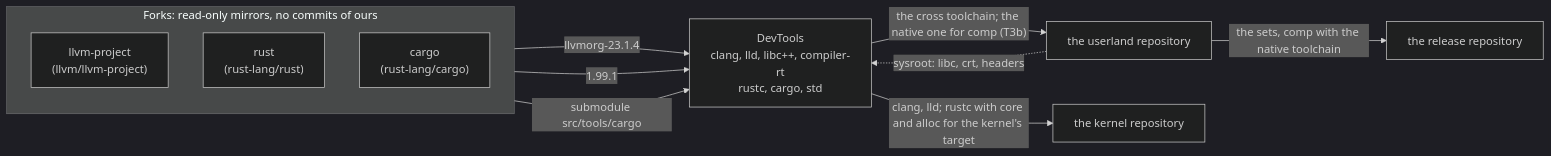
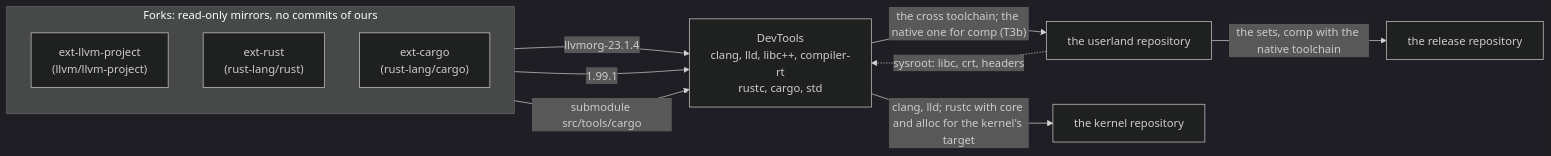
One commit to EmiBSD/DevTools changed the diagram in docs/TOOLCHAIN.md. Above: the diagram before and after it, drawn with Mermaid (dark theme). The commit also changed other lines of this file and 11 other files, not shown here.

````diff
--- a/docs/TOOLCHAIN.md
+++ b/docs/TOOLCHAIN.md
@@ -15,21 +15,21 @@
 ```mermaid
 flowchart LR
     subgraph forks["Forks: read-only mirrors, no commits of ours"]
         direction TB
-        llvm["llvm-project<br/>(llvm/llvm-project)"]
-        rust["rust<br/>(rust-lang/rust)"]
-        cargo["cargo<br/>(rust-lang/cargo)"]
+        llvm["ext-llvm-project<br/>(llvm/llvm-project)"]
+        rust["ext-rust<br/>(rust-lang/rust)"]
+        cargo["ext-cargo<br/>(rust-lang/cargo)"]
     end
     dev["DevTools<br/>clang, lld, libc++, compiler-rt<br/>rustc, cargo, std"]
     ul["the userland repository"]
     k["the kernel repository"]
     os["the release repository"]
 
     llvm -- "llvmorg-23.1.4" --> dev
     rust -- "1.99.1" --> dev
     cargo -- "submodule src/tools/cargo" --> dev
     dev -- "the cross toolchain; the native one for comp (T3b)" --> ul
     dev -- "clang, lld; rustc with core and alloc for the kernel's target" --> k
     ul -- "the sets, comp with the native toolchain" --> os
     ul -. "sysroot: libc, crt, headers" .-> dev
 ```
````
